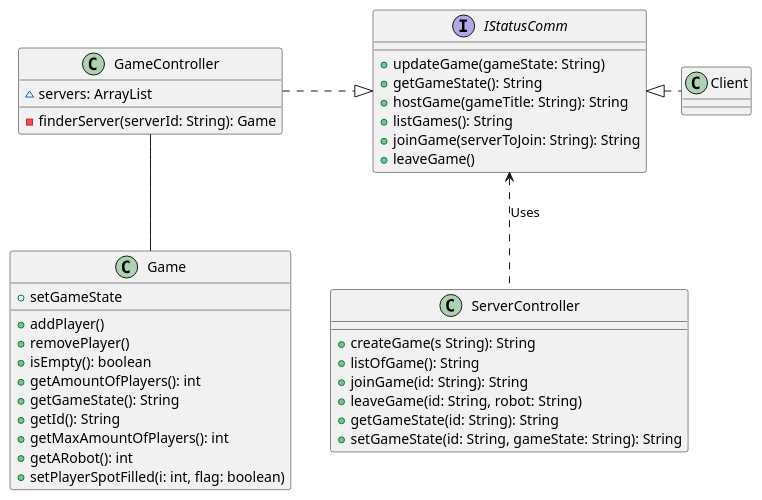
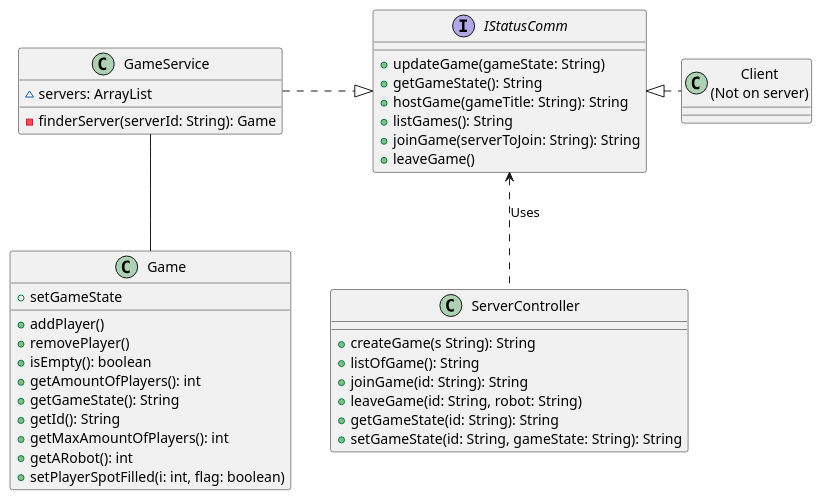
The diagram in diagrams/ClassDiagrams/Server.puml (MikaelFangel/RoboRally), drawn with PlantUML before and after one commit. The commit also changed 1 other file, not shown here.

Commit message:
Updated Server diagrams

```diff
--- a/diagrams/ClassDiagrams/Server.puml
+++ b/diagrams/ClassDiagrams/Server.puml
@@ -1,44 +1,44 @@
 @startuml
 'https://plantuml.com/class-diagram
 interface IStatusComm {
     + updateGame(gameState: String)
     + getGameState(): String
     + hostGame(gameTitle: String): String
     + listGames(): String
     + joinGame(serverToJoin: String): String
     + leaveGame()
 }
 
-class Client
-class GameController {
+class "Client\n(Not on server)" as Client
+class GameService {
     ~ servers: ArrayList
     - finderServer(serverId: String): Game
 }
 class ServerController {
     + createGame(s String): String
     + listOfGame(): String
     + joinGame(id: String): String
     + leaveGame(id: String, robot: String)
     + getGameState(id: String): String
     + setGameState(id: String, gameState: String): String
 
 }
 class Game {
     + addPlayer()
     + removePlayer()
     + isEmpty(): boolean
     + getAmountOfPlayers(): int
     + getGameState(): String
     + setGameState
     + getId(): String
     + getMaxAmountOfPlayers(): int
     + getARobot(): int
     + setPlayerSpotFilled(i: int, flag: boolean)
 }
 
 IStatusComm <|.r. Client
-IStatusComm <|.l.GameController : \t\t
+IStatusComm <|.l.GameService : \t\t
 IStatusComm <..ServerController : Uses
-GameController -- Game
+GameService -- Game
 
 @enduml
```
